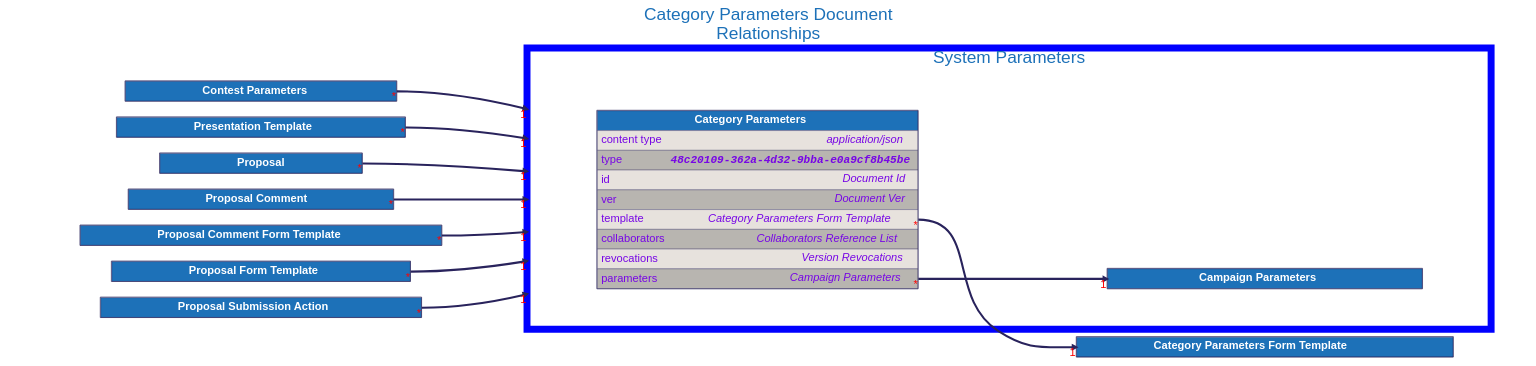
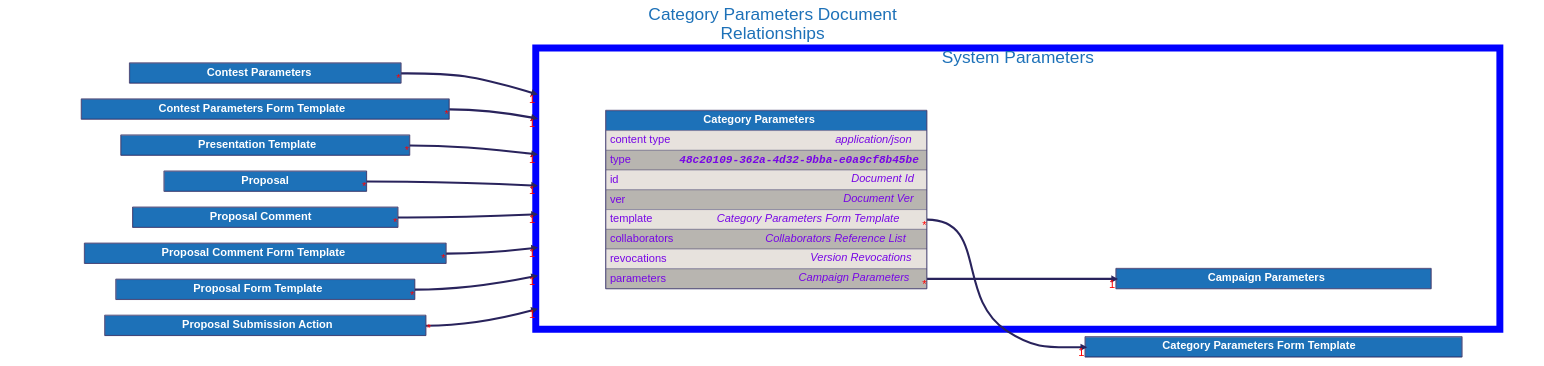
Before and after one commit to input-output-hk/catalyst-libs: the diagram in docs/src/architecture/08_concepts/signed_doc/diagrams/category_parameters.dot, drawn with Graphviz. The commit also changed 17 other files, not shown here.

Commit message:
fix(docs): Template refrences to parameters, and changes

```diff
--- a/docs/src/architecture/08_concepts/signed_doc/diagrams/category_parameters.dot
+++ b/docs/src/architecture/08_concepts/signed_doc/diagrams/category_parameters.dot
@@ -35,6 +35,21 @@
             <TR>
                 <TD PORT="title" BGCOLOR="#1d71b8" HREF="../contest_parameters/">
                     <FONT COLOR="#ffffff"><B> Contest Parameters </B></FONT>
+                </TD>
+            </TR>
+
+            </TABLE>
+        >
+    ];
+
+
+    "Contest Parameters Form Template" [
+        id="Contest Parameters Form Template";
+        label=<
+            <TABLE BORDER="2" COLOR="#29235c" CELLBORDER="1" CELLSPACING="0" CELLPADDING="10">
+            <TR>
+                <TD PORT="title" BGCOLOR="#1d71b8" HREF="../contest_parameters_form_template/">
+                    <FONT COLOR="#ffffff"><B> Contest Parameters Form Template </B></FONT>
                 </TD>
             </TR>
 
@@ -252,6 +267,7 @@
     "Category Parameters":"template":e -> "Category Parameters Form Template":"title":w [dir=forward, penwidth=6, color="#29235c", headlabel="1", taillabel="*"]
     "Category Parameters":"parameters":e -> "Campaign Parameters":"title":w [dir=forward, penwidth=6, color="#29235c", headlabel="1", taillabel="*"]
     "Contest Parameters":"title":e -> "Category Parameters" [dir=forward, penwidth=6, color="#29235c", headlabel="1", taillabel="*", lhead="cluster_system_parameters"]
+    "Contest Parameters Form Template":"title":e -> "Category Parameters" [dir=forward, penwidth=6, color="#29235c", headlabel="1", taillabel="*", lhead="cluster_system_parameters"]
     "Presentation Template":"title":e -> "Category Parameters" [dir=forward, penwidth=6, color="#29235c", headlabel="1", taillabel="*", lhead="cluster_system_parameters"]
     "Proposal":"title":e -> "Category Parameters" [dir=forward, penwidth=6, color="#29235c", headlabel="1", taillabel="*", lhead="cluster_system_parameters"]
     "Proposal Comment":"title":e -> "Category Parameters" [dir=forward, penwidth=6, color="#29235c", headlabel="1", taillabel="*", lhead="cluster_system_parameters"]
```
